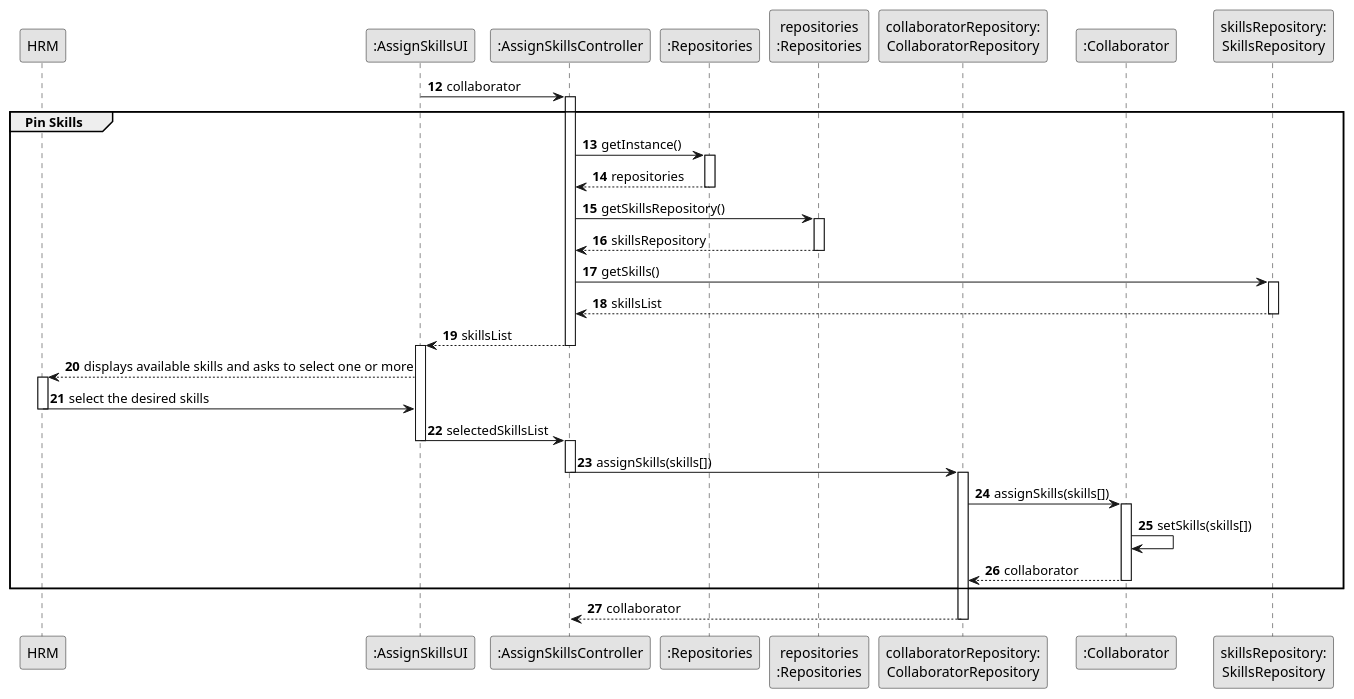
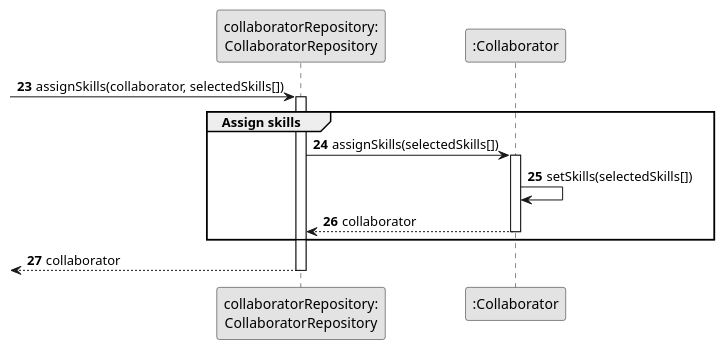
Before and after one commit to ricardomm7/leaflink: the diagram in docs/sprintB/us004/03.design/puml/us004-sequence-diagram-partial-assign-skill.puml, drawn with PlantUML. The commit also changed 70 other files, not shown here.

```diff
--- a/docs/sprintB/us004/03.design/puml/us004-sequence-diagram-partial-assign-skill.puml
+++ b/docs/sprintB/us004/03.design/puml/us004-sequence-diagram-partial-assign-skill.puml
@@ -1,63 +1,23 @@
 @startuml
 skinparam monochrome true
 skinparam packageStyle rectangle
 skinparam shadowing false
 
-participant "HRM" as HRM
-participant ":AssignSkillsUI" as UI
-participant ":AssignSkillsController" as CTRL
-participant ":Repositories" as GlobRepo
-participant "repositories\n:Repositories" as PLAT
+autonumber 23
+
 participant "collaboratorRepository:\nCollaboratorRepository" as CLBREP
 participant ":Collaborator" as CLB
-participant "skillsRepository:\nSkillsRepository" as skillsRepository
 
-
-autonumber 12
-
-
-UI -> CTRL : collaborator
-deactivate CLBREP
-activate CTRL
-
-group Pin Skills
-CTRL -> GlobRepo : getInstance()
-activate GlobRepo
-GlobRepo --> CTRL : repositories
-deactivate GlobRepo
-CTRL -> PLAT : getSkillsRepository()
-activate PLAT
-PLAT -->  CTRL: skillsRepository
-deactivate PLAT
-CTRL -> skillsRepository : getSkills()
-activate skillsRepository
-skillsRepository --> CTRL : skillsList
-deactivate skillsRepository
-CTRL --> UI : skillsList
-deactivate CTRL
-activate UI
-UI --> HRM : displays available skills and asks to select one or more
-activate HRM
-HRM -> UI : select the desired skills
-deactivate HRM
-UI -> CTRL : selectedSkillsList
-deactivate UI
-activate CTRL
-
-
-CTRL -> CLBREP : assignSkills(skills[])
-deactivate CTRL
+-> CLBREP : assignSkills(collaborator, selectedSkills[])
 activate CLBREP
-CLBREP -> CLB : assignSkills(skills[])
+group Assign skills
+CLBREP -> CLB : assignSkills(selectedSkills[])
 activate CLB
-CLB -> CLB : setSkills(skills[])
+CLB -> CLB : setSkills(selectedSkills[])
 CLB --> CLBREP : collaborator
 deactivate CLB
-
 end
-deactivate CLB
-   CLBREP --> CTRL : collaborator
-   deactivate CLBREP
-
+<-- CLBREP : collaborator
+deactivate CLBREP
 
 @enduml
```
